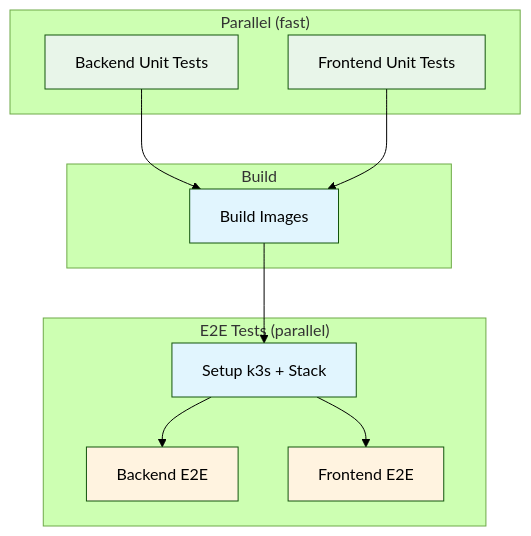
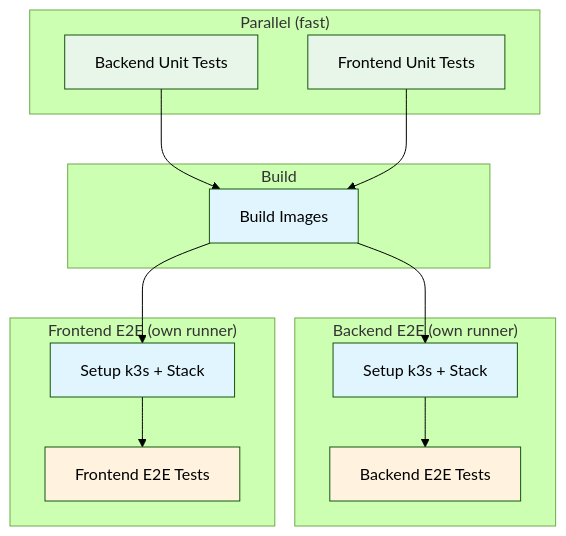
One commit to HardMax71/Integr8sCode changed the third of 3 diagrams in docs/operations/cicd.md. Above: the diagram before and after it, drawn with Mermaid (forest theme). The commit also changed other lines of this file and 19 other files, not shown here.

````diff
--- a/docs/operations/cicd.md
+++ b/docs/operations/cicd.md
@@ -128,30 +128,36 @@
 ```mermaid
 graph TD
     subgraph "Parallel (fast)"
         A[Backend Unit Tests]
         B[Frontend Unit Tests]
     end
 
     subgraph "Build"
         C[Build Images]
     end
 
-    subgraph "E2E Tests (parallel)"
-        D[Setup k3s + Stack]
-        E[Backend E2E]
-        F[Frontend E2E]
-        D --> E
-        D --> F
+    subgraph "Backend E2E (own runner)"
+        D1[Setup k3s + Stack]
+        E[Backend E2E Tests]
+        D1 --> E
+    end
+
+    subgraph "Frontend E2E (own runner)"
+        D2[Setup k3s + Stack]
+        F[Frontend E2E Tests]
+        D2 --> F
     end
 
     A --> C
     B --> C
-    C --> D
+    C --> D1
+    C --> D2
 
     style A fill:#e8f5e9
     style B fill:#e8f5e9
     style C fill:#e1f5fe
-    style D fill:#e1f5fe
+    style D1 fill:#e1f5fe
+    style D2 fill:#e1f5fe
     style E fill:#fff3e0
     style F fill:#fff3e0
 ```
````
